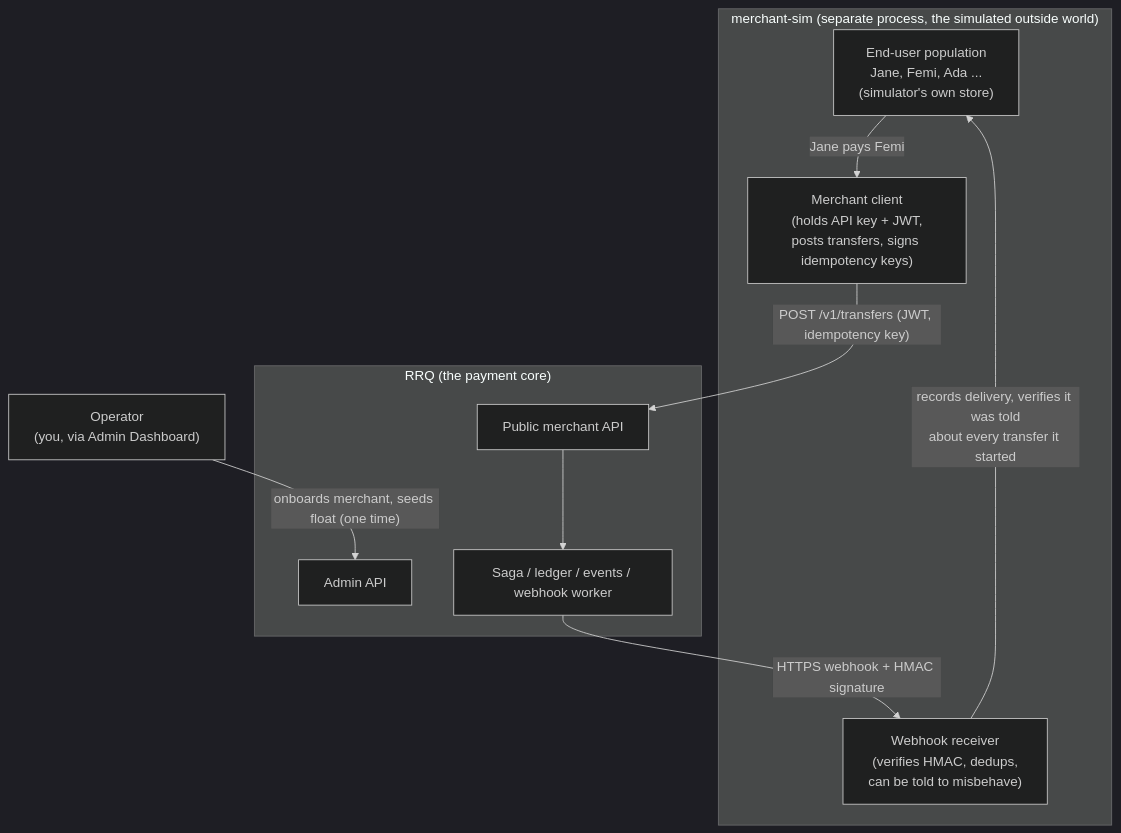
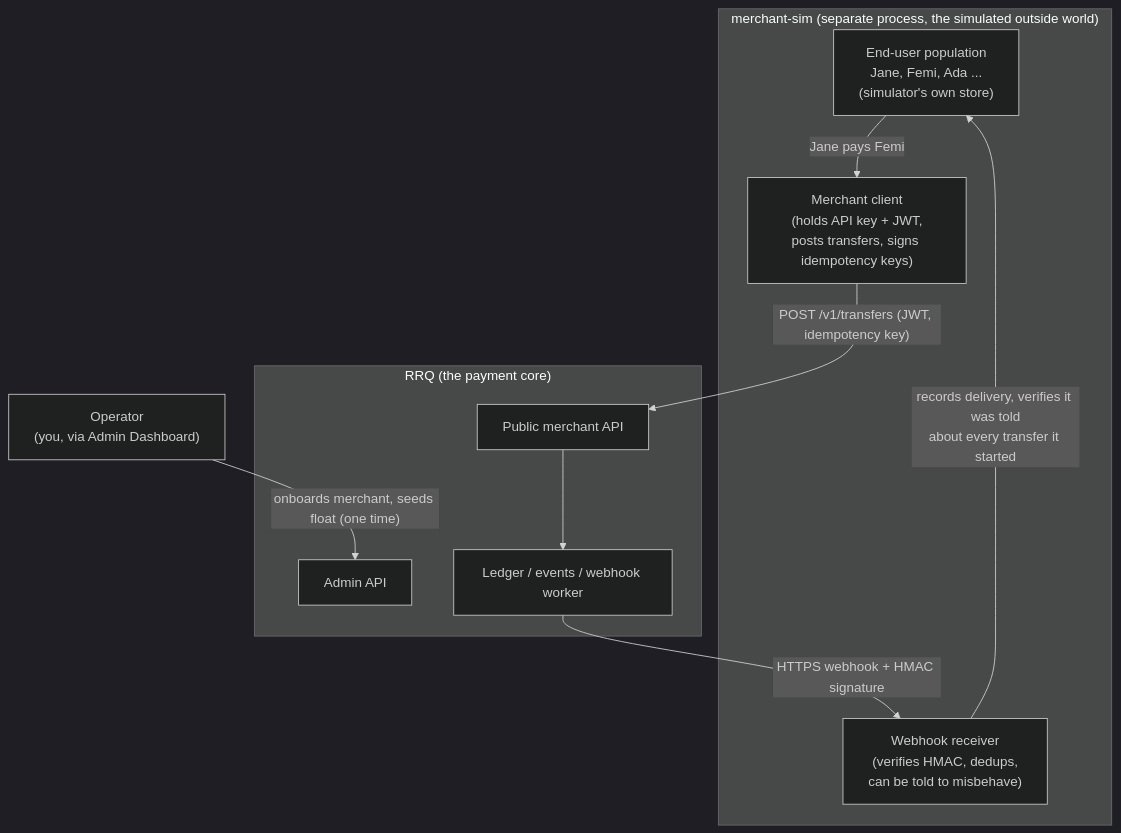
Before and after one commit to Joel-Ajayi/river-rust-queue: the first of 2 diagrams in docs/services/17-SIMULATION-HARNESS.md, drawn with Mermaid (dark theme). The commit also changed other lines of this file and 17 other files, not shown here.

Commit message:
Changed architecture to use Kafka instead of Redis stream

````diff
--- a/docs/services/17-SIMULATION-HARNESS.md
+++ b/docs/services/17-SIMULATION-HARNESS.md
@@ -33,21 +33,21 @@
 ```mermaid
 graph TD
   operator["Operator<br/>(you, via Admin Dashboard)"]
   subgraph sim["merchant-sim (separate process, the simulated outside world)"]
     users["End-user population<br/>Jane, Femi, Ada ...<br/>(simulator's own store)"]
     mclient["Merchant client<br/>(holds API key + JWT,<br/>posts transfers, signs idempotency keys)"]
     receiver["Webhook receiver<br/>(verifies HMAC, dedups,<br/>can be told to misbehave)"]
   end
   subgraph rrq["RRQ (the payment core)"]
     api["Public merchant API"]
     admin["Admin API"]
-    core["Saga / ledger / events / webhook worker"]
+    core["Ledger / events / webhook worker"]
   end
 
   operator -->|"onboards merchant, seeds float (one time)"| admin
   users -->|"Jane pays Femi"| mclient
   mclient -->|"POST /v1/transfers (JWT, idempotency key)"| api
   api --> core
   core -->|"HTTPS webhook + HMAC signature"| receiver
   receiver -->|"records delivery, verifies it was told<br/>about every transfer it started"| users
 ```
````
